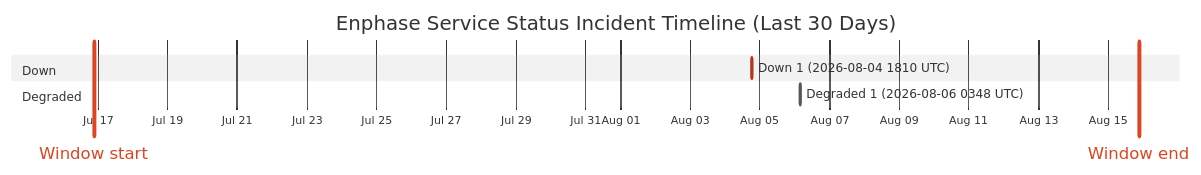
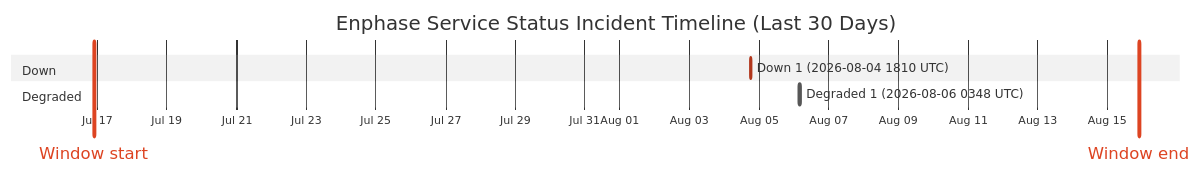
One commit to barneyonline/ha-enphase-energy changed the diagram in wiki/Service-Status-History.md. Above: the diagram before and after it, drawn with Mermaid (neutral theme). The commit also changed other lines of this file and 3 other files, not shown here.

````diff
--- a/wiki/Service-Status-History.md
+++ b/wiki/Service-Status-History.md
@@ -14,12 +14,12 @@
 ```mermaid
 gantt
     title Enphase Service Status Incident Timeline (Last 30 Days)
     dateFormat  YYYY-MM-DDTHH:mm:ss
     axisFormat  %b %d
-    Window start :vert, window-start, 2026-07-16T21:18:59, 0ms
-    Window end :vert, window-end, 2026-08-15T21:18:59, 0ms
+    Window start :vert, window-start, 2026-07-16T21:44:33, 0ms
+    Window end :vert, window-end, 2026-08-15T21:44:33, 0ms
     section Down
     Down 1 (2026-08-04 1810 UTC) :crit, down-1, 2026-08-04T18:10:46, 60m
     section Degraded
     Degraded 1 (2026-08-06 0348 UTC) :active, degraded-1, 2026-08-06T03:48:14, 60m
 ```
````
